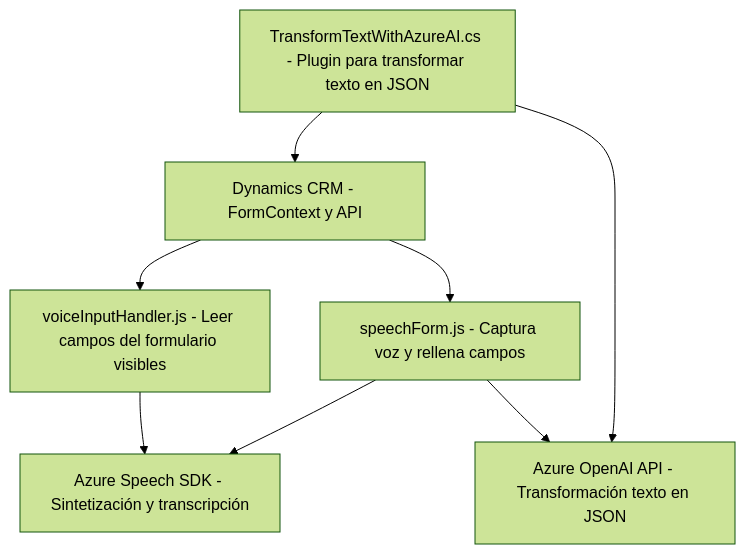
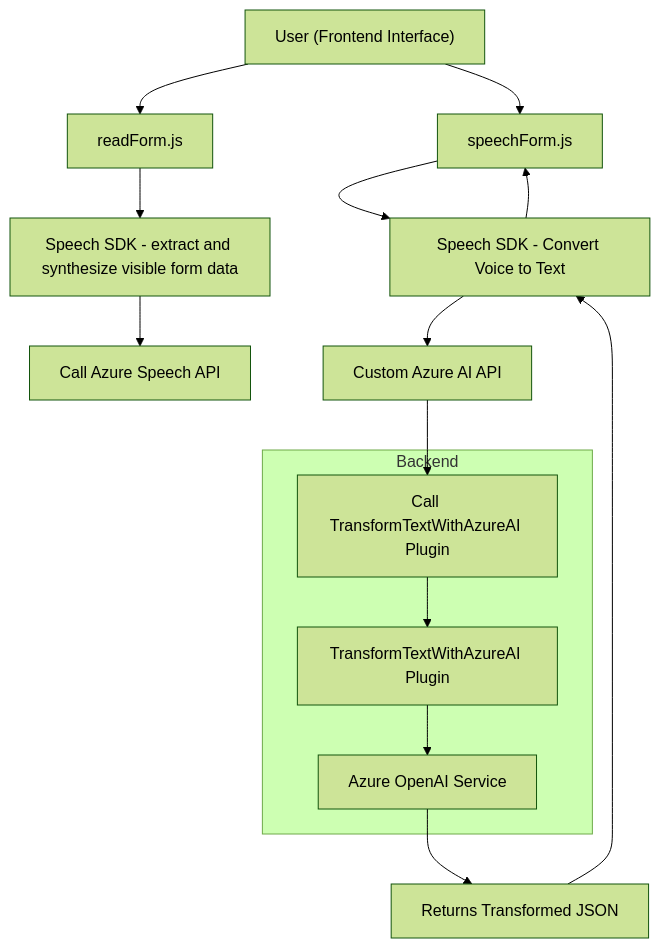
The diagram in README.md (blopezdm/NETCORE_BILBAO2025), drawn with Mermaid (forest theme) before and after one commit. The commit also changed other lines of this file, not shown here.

````diff
--- a/README.md
+++ b/README.md
@@ -40,17 +57,20 @@
 ```mermaid
 graph TD
-    A["voiceInputHandler.js - Leer campos del formulario visibles"]
-    B["speechForm.js - Captura voz y rellena campos"]
-    C["TransformTextWithAzureAI.cs - Plugin para transformar texto en JSON"]
-    D["Azure Speech SDK - Sintetización y transcripción"]
-    E["Azure OpenAI API - Transformación texto en JSON"]
-    F["Dynamics CRM - FormContext y API"]
+    A["User (Frontend Interface)"] --> B["readForm.js"]
+    B["readForm.js"] --> C["Speech SDK - extract and synthesize visible form data"]
+    C --> D["Call Azure Speech API"]
 
-    A --> D
-    B --> D
-    B --> E
-    C --> F
-    C --> E
-    F --> A
-    F --> B
+    A --> E["speechForm.js"]
+    E --> F["Speech SDK - Convert Voice to Text"]
+    F --> G["Custom Azure AI API"]
+    G --> H["Call TransformTextWithAzureAI Plugin"]
+
+    subgraph Backend
+        H --> I["TransformTextWithAzureAI Plugin"]
+        I --> J["Azure OpenAI Service"]
+    end
+
+    J --> K["Returns Transformed JSON"]
+    K --> F
+    F --> E
 ```
````
